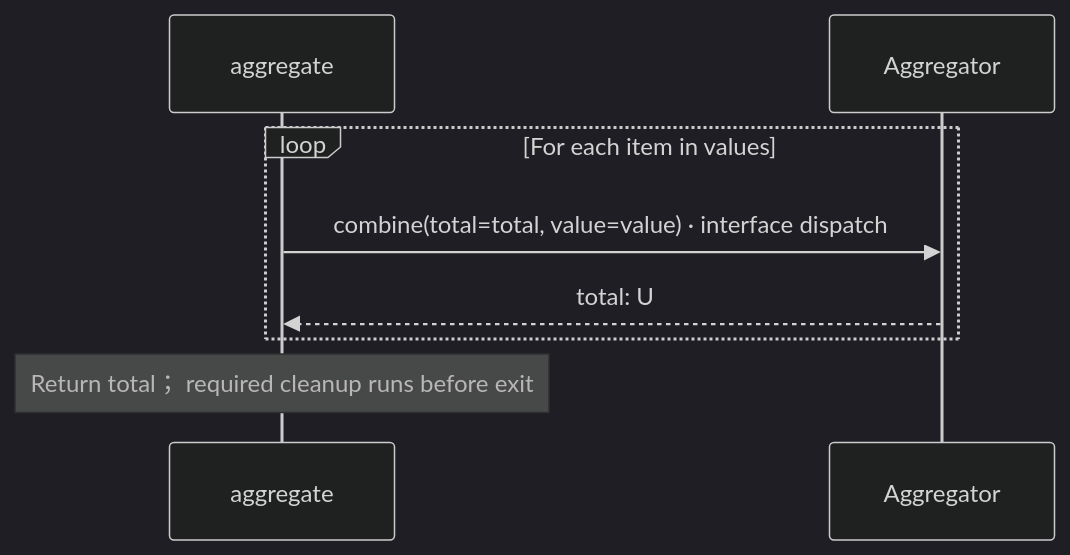
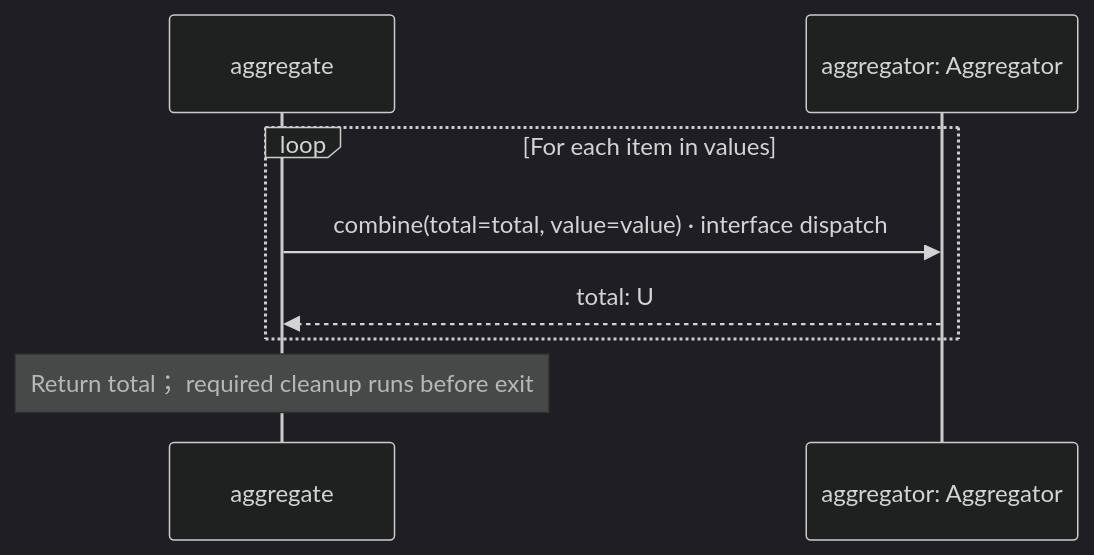
The fifth of 12 diagrams in src/stdlib/collections/operations.aug.diagrams.md (GreenPandaStudios/augscript), drawn with Mermaid (dark theme) before and after one commit. The commit also changed other lines of this file and 102 other files, not shown here.

Commit message:
Keep named service receivers distinct in sequence data flow

````diff
--- a/src/stdlib/collections/operations.aug.diagrams.md
+++ b/src/stdlib/collections/operations.aug.diagrams.md
@@ -160,10 +160,10 @@
 ```mermaid
 sequenceDiagram
     participant p0 as aggregate
-    participant p1 as Aggregator
+    participant p1 as aggregator: Aggregator
     loop For each item in values
     p0->>p1: combine(total=total, value=value) · interface dispatch
     p1-->>p0: total: U
     end
     Note over p0: Return total； required cleanup runs before exit
 ```
````
